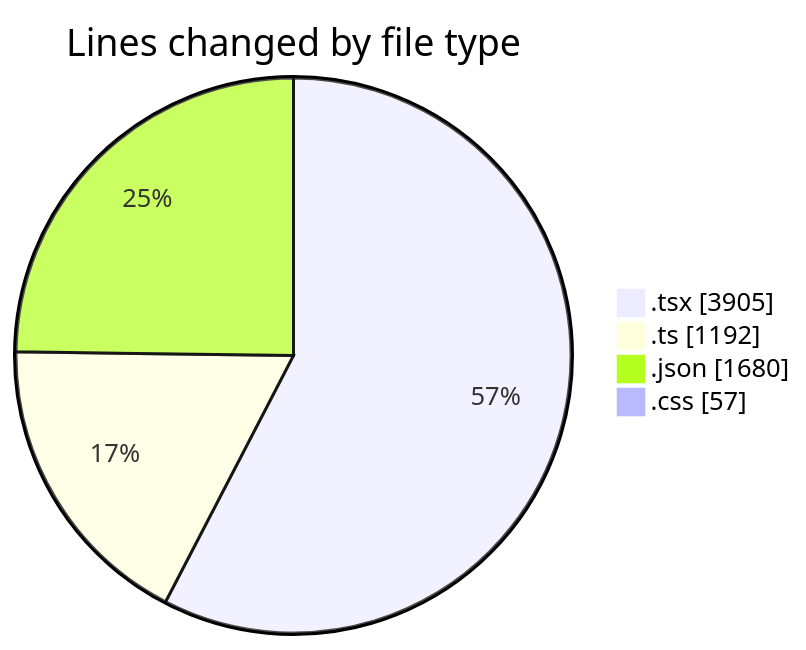
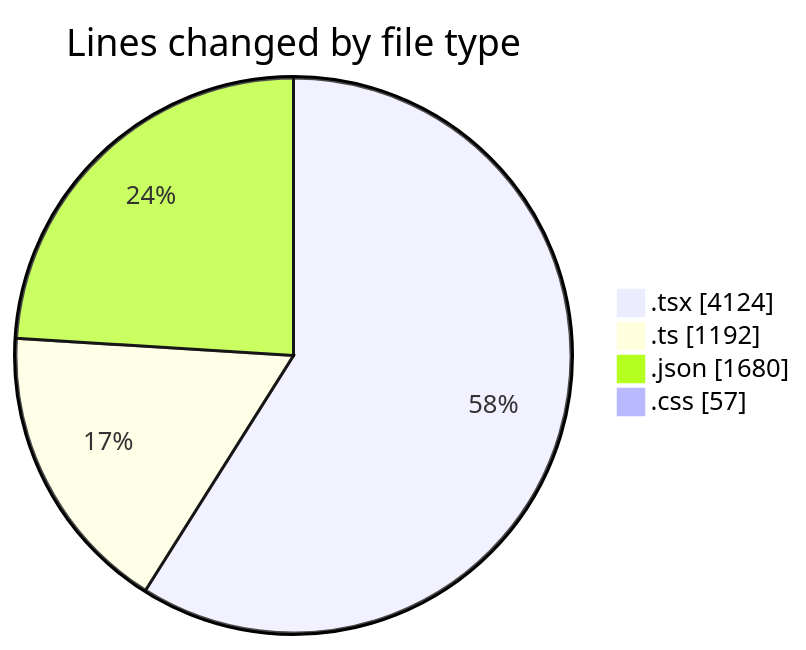
Before and after one commit to julien-gomy/code-tracking: the first of 2 diagrams in 2025-10-09/eventscop-frontend-guide__workspace_/README.md, drawn with Mermaid. The commit also changed other lines of this file and 1 other file, not shown here.

````diff
--- a/2025-10-09/eventscop-frontend-guide__workspace_/README.md
+++ b/2025-10-09/eventscop-frontend-guide__workspace_/README.md
@@ -55,8 +57,8 @@
 ```mermaid
 pie showData
 title Lines changed by file type
-".tsx" : 3905
+".tsx" : 4124
 ".ts" : 1192
 ".json" : 1680
 ".css" : 57
 ```
````
